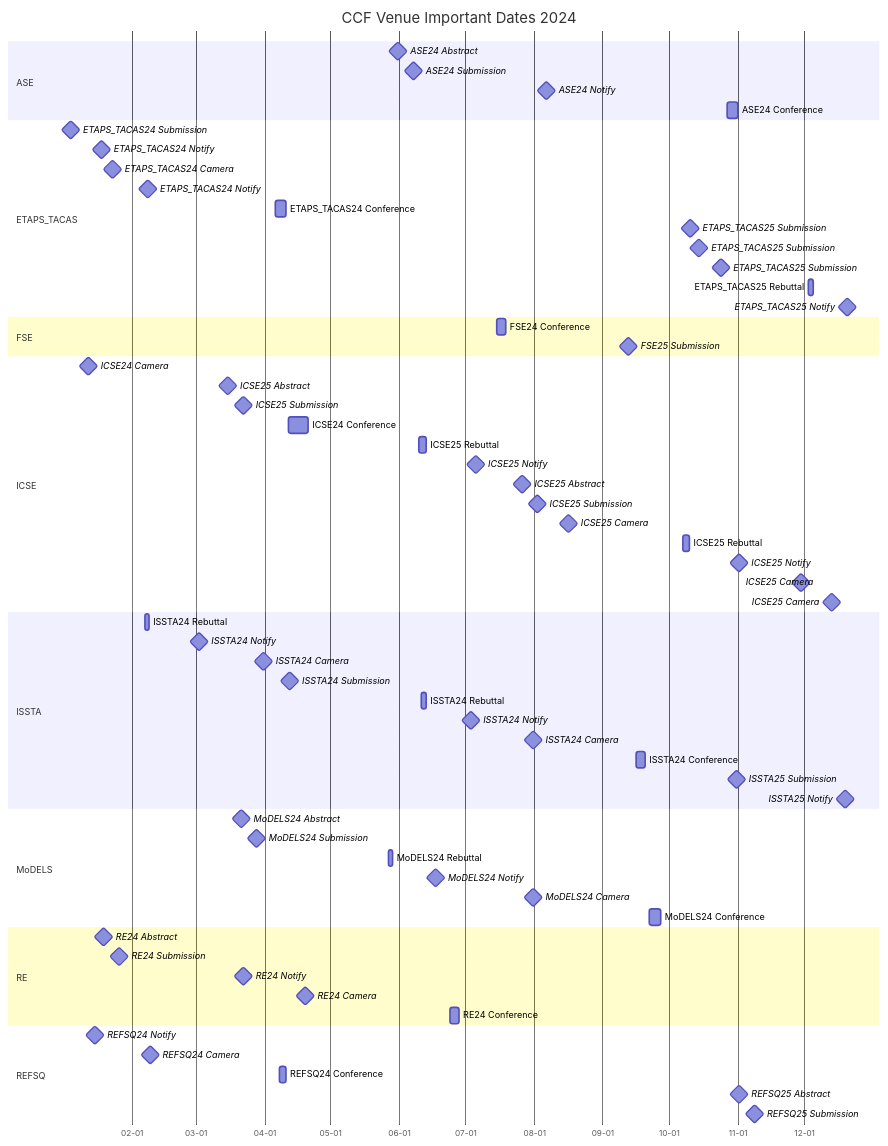
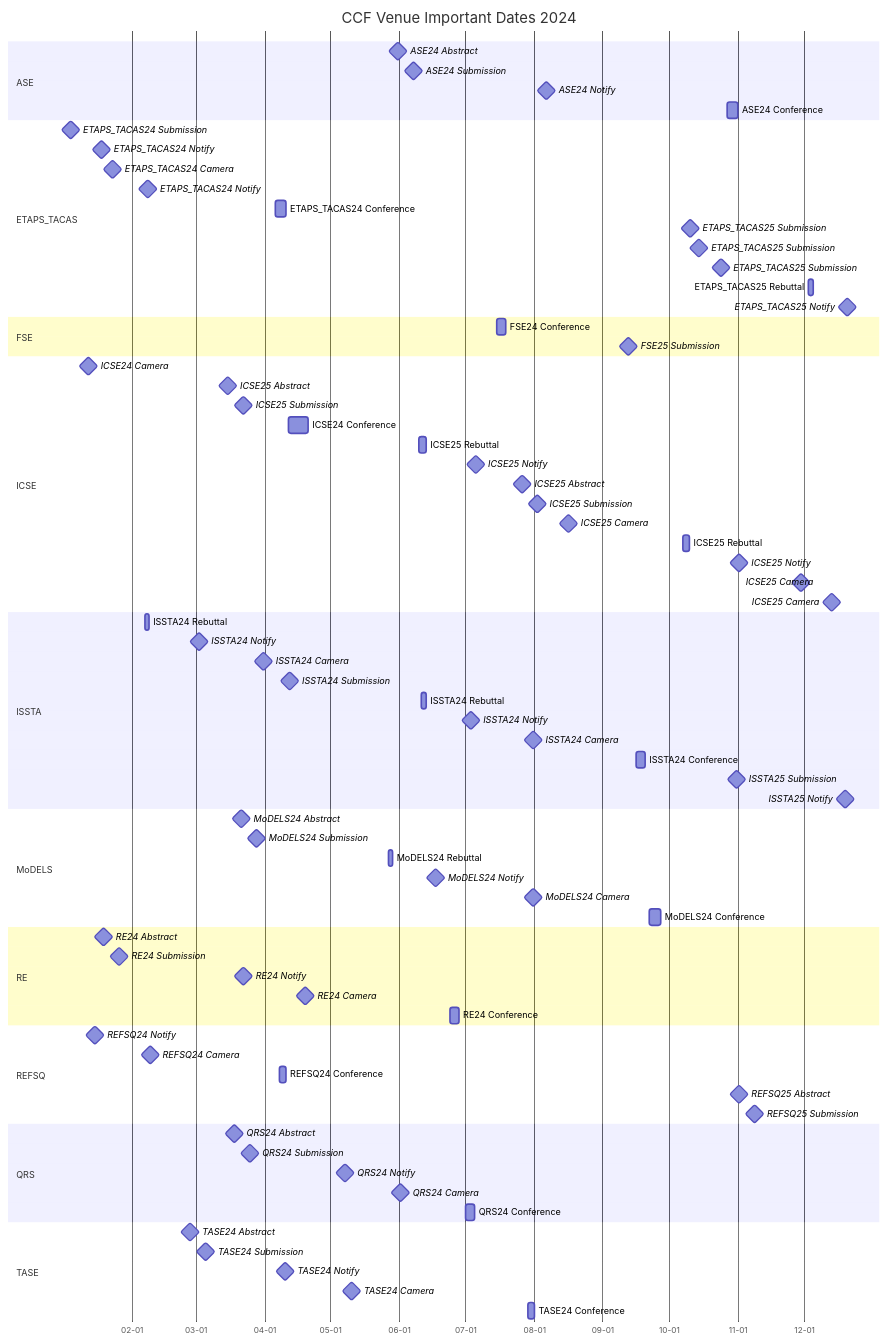
One commit to HansBug/research_ideas changed the fifth of 9 diagrams in ccf_venues/TIMELINE.md. Above: the diagram before and after it, drawn with Mermaid. The commit also changed other lines of this file and 35 other files, not shown here.

````diff
--- a/ccf_venues/TIMELINE.md
+++ b/ccf_venues/TIMELINE.md
@@ -668,4 +730,18 @@
   REFSQ25 Abstract :milestone, refsq_2024_4_20241101, 2024-11-01, 1d
   REFSQ25 Submission :milestone, refsq_2024_5_20241108, 2024-11-08, 1d
 
+
+  section QRS
+  QRS24 Abstract :milestone, qrs_2024_1_20240318, 2024-03-18, 1d
+  QRS24 Submission :milestone, qrs_2024_2_20240325, 2024-03-25, 1d
+  QRS24 Notify :milestone, qrs_2024_3_20240507, 2024-05-07, 1d
+  QRS24 Camera :milestone, qrs_2024_4_20240601, 2024-06-01, 1d
+  QRS24 Conference :qrs_2024_5_20240701, 2024-07-01, 2024-07-05
+
+  section TASE
+  TASE24 Abstract :milestone, tase_2024_1_20240227, 2024-02-27, 1d
+  TASE24 Submission :milestone, tase_2024_2_20240305, 2024-03-05, 1d
+  TASE24 Notify :milestone, tase_2024_3_20240410, 2024-04-10, 1d
+  TASE24 Camera :milestone, tase_2024_4_20240510, 2024-05-10, 1d
+  TASE24 Conference :tase_2024_5_20240729, 2024-07-29, 2024-08-01
 ```
````
